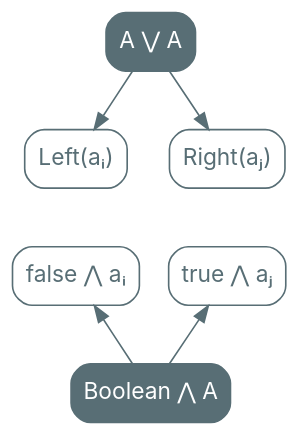
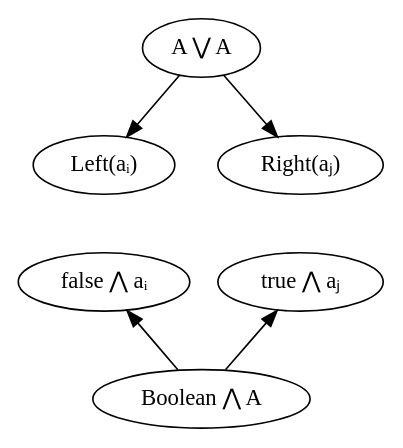
Before and after one commit to nrinaudo/far-more-adt: the diagram in src/graphviz/a_or_a_true_a.dot, drawn with Graphviz. The commit also changed 70 other files, not shown here.

Commit message:
Use graphviz stylesheets

```diff
--- a/src/graphviz/a_or_a_true_a.dot
+++ b/src/graphviz/a_or_a_true_a.dot
@@ -1,27 +1,20 @@
 digraph {
-    bgcolor=transparent
-
-    // Default theme: enabled
-    node[shape="rectangle" style="rounded,filled" color="#586E75" fillcolor="#586E75" fontcolor="#ffffff" fontname="Inter,Arial"]
-    edge [color="#586E75" fontcolor="#000000" fontname="Inter,Arial" fontsize=11]
-
     AorA[label="A ⋁ A"]
-    LeftA[label="Left(aᵢ)" fillcolor="#ffffff" fontcolor="#586E75"]
-    RightA[label="Right(aⱼ)" fillcolor="#ffffff" fontcolor="#586E75"]
+    LeftA[label="Left(aᵢ)" class="value"]
+    RightA[label="Right(aⱼ)" class="value"]
 
     AorA -> LeftA
     AorA -> RightA
 
     BooleanAndA[label="Boolean ⋀ A"]
-    trueAndA[label="true ⋀ aⱼ" fillcolor="#ffffff" fontcolor="#586E75"]
-    falseAndA[label="false ⋀ aᵢ" fillcolor="#ffffff" fontcolor="#586E75"]
+    trueAndA[label="true ⋀ aⱼ" class="value"]
+    falseAndA[label="false ⋀ aᵢ" class="value"]
 
     trueAndA -> BooleanAndA[dir=back]
     falseAndA -> BooleanAndA[dir=back]
 
     LeftA -> falseAndA[style=invis]
     falseAndA -> LeftA[style=invis]
     RightA -> trueAndA[style=invis]
     trueAndA -> RightA[style=invis]
-
 }
```
